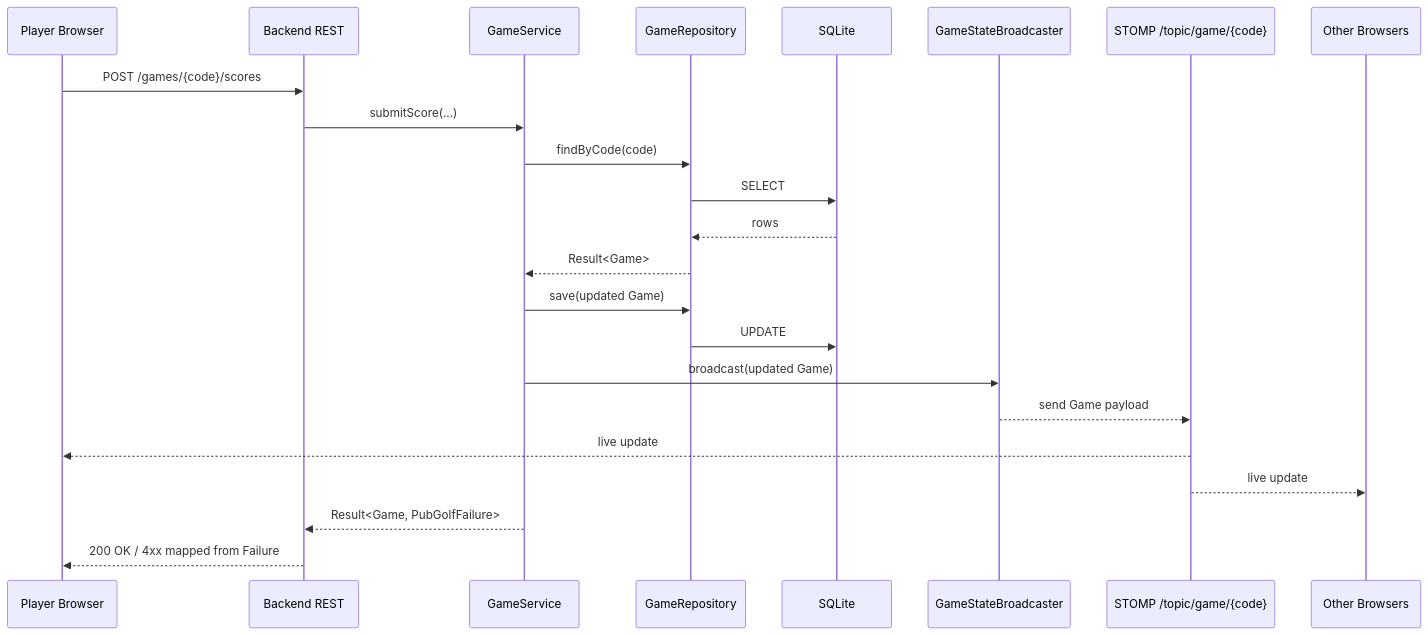
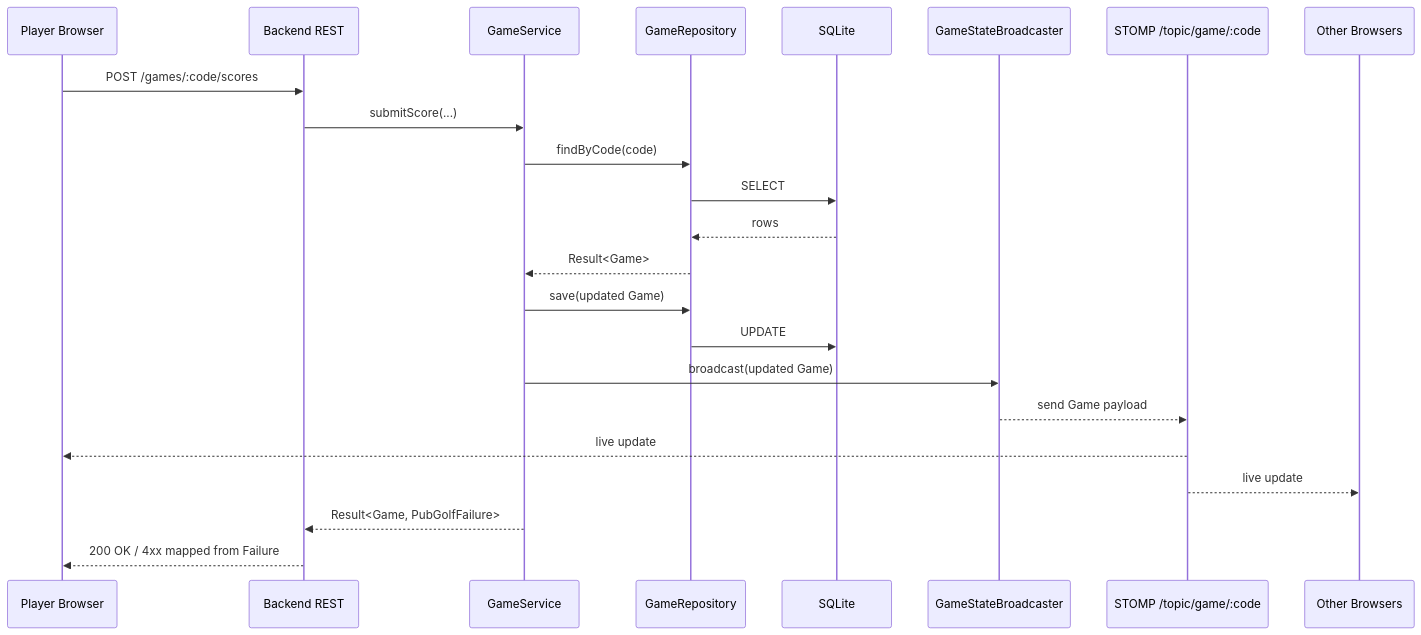
The second of 3 diagrams in docs/ARCHITECTURE.md (BenSuskins/pubgolf), drawn with Mermaid before and after one commit. The commit also changed other lines of this file, not shown here.

Commit message:
fix(docs): escape curly braces in Mermaid diagrams
Mermaid parses `{code}` as a diamond node shape, breaking the GitHub
diagram render. Quote the edge label in the flowchart and switch to
`:code` URL-param style inside the sequenceDiagram.

````diff
--- a/docs/ARCHITECTURE.md
+++ b/docs/ARCHITECTURE.md
@@ -48,26 +48,26 @@
 ```mermaid
 sequenceDiagram
     participant Player as Player Browser
     participant API as Backend REST
     participant Service as GameService
     participant Repo as GameRepository
     participant DB as SQLite
     participant Broadcaster as GameStateBroadcaster
-    participant Topic as STOMP /topic/game/{code}
+    participant Topic as STOMP /topic/game/:code
     participant Others as Other Browsers
 
-    Player->>API: POST /games/{code}/scores
+    Player->>API: POST /games/:code/scores
     API->>Service: submitScore(...)
     Service->>Repo: findByCode(code)
     Repo->>DB: SELECT
     DB-->>Repo: rows
     Repo-->>Service: Result<Game>
     Service->>Repo: save(updated Game)
     Repo->>DB: UPDATE
     Service->>Broadcaster: broadcast(updated Game)
     Broadcaster-->>Topic: send Game payload
     Topic-->>Player: live update
     Topic-->>Others: live update
     Service-->>API: Result<Game, PubGolfFailure>
     API-->>Player: 200 OK / 4xx mapped from Failure
 ```
````
